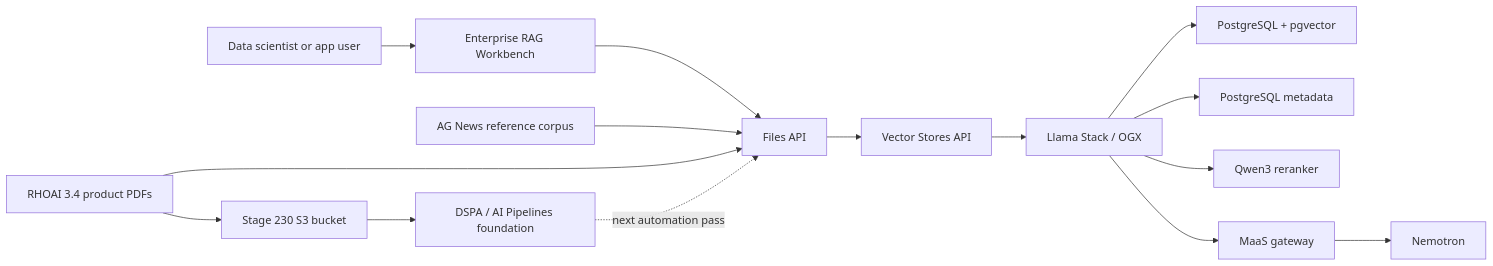
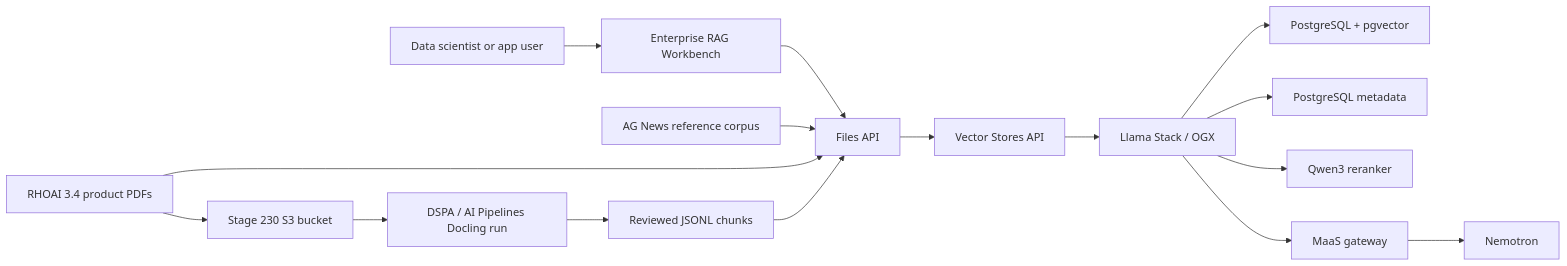
The diagram in stage-230-private-data-rag/README.md (adnan-drina/rhoai3-demo), drawn with Mermaid before and after one commit. The commit also changed other lines of this file and 13 other files, not shown here.

````diff
--- a/stage-230-private-data-rag/README.md
+++ b/stage-230-private-data-rag/README.md
@@ -56,32 +61,34 @@
 ```mermaid
 flowchart LR
   user["Data scientist or app user"]
   agnews["AG News reference corpus"]
   rhoai_docs["RHOAI 3.4 product PDFs"]
   workbench["Enterprise RAG Workbench"]
   files["Files API"]
   vectors["Vector Stores API"]
   stack["Llama Stack / OGX"]
   pgvector["PostgreSQL + pgvector"]
   pg["PostgreSQL metadata"]
   reranker["Qwen3 reranker"]
   maas["MaaS gateway"]
   nemotron["Nemotron"]
   s3["Stage 230 S3 bucket"]
-  dspa["DSPA / AI Pipelines foundation"]
+  dspa["DSPA / AI Pipelines Docling run"]
+  chunks["Reviewed JSONL chunks"]
 
   user --> workbench
   workbench --> files
   agnews --> files
   rhoai_docs --> s3
   rhoai_docs --> files
   s3 --> dspa
-  dspa -. "next automation pass" .-> files
+  dspa --> chunks
+  chunks --> files
   files --> vectors
   vectors --> stack
   stack --> pgvector
   stack --> pg
   stack --> reranker
   stack --> maas
   maas --> nemotron
 ```
````
